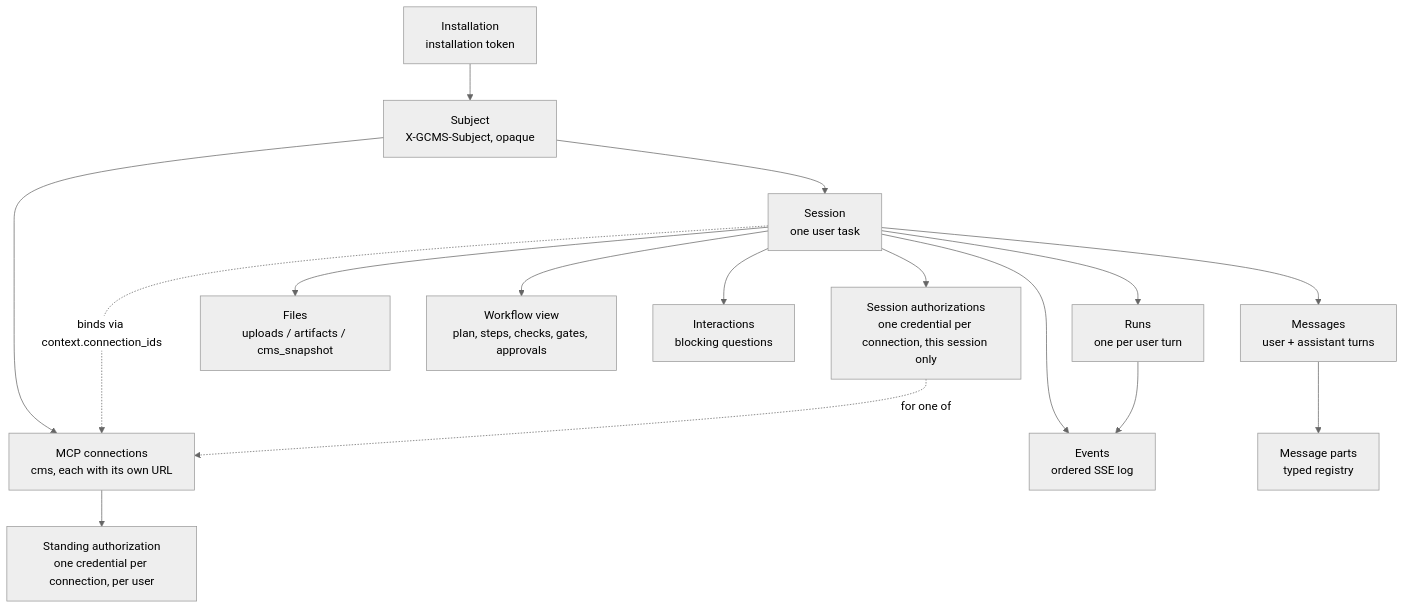
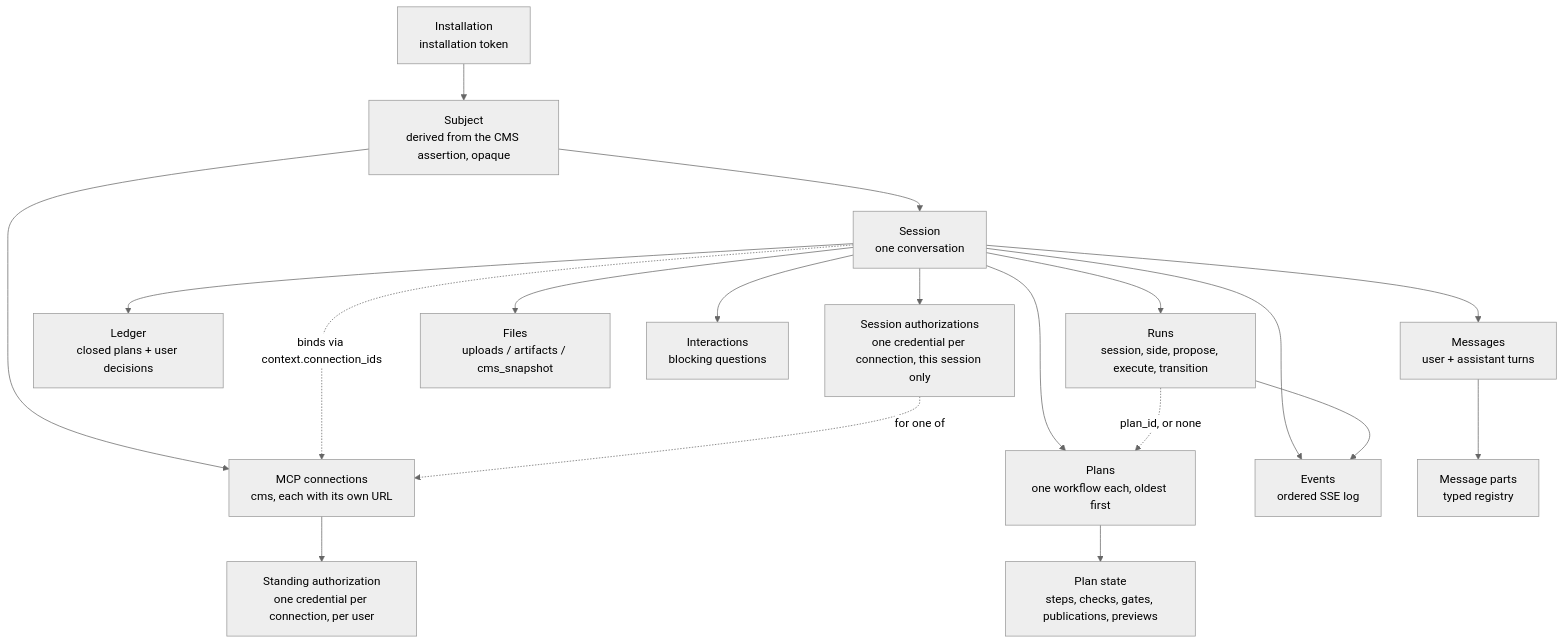
The first of 3 diagrams in workspace-ui/.claude/contracts/genaix-docs/03-genaix-api.md (gentics/cms-oss), drawn with Mermaid (neutral theme) before and after one commit. The commit also changed other lines of this file and 18 other files, not shown here.

````diff
--- a/workspace-ui/.claude/contracts/genaix-docs/03-genaix-api.md
+++ b/workspace-ui/.claude/contracts/genaix-docs/03-genaix-api.md
@@ -212,18 +265,21 @@
 ```mermaid
 graph TD
-    INST[Installation<br/>installation token] --> USER[Subject<br/>X-GCMS-Subject, opaque]
+    INST[Installation<br/>installation token] --> USER[Subject<br/>derived from the CMS assertion, opaque]
     USER --> CONN[MCP connections<br/>cms, each with its own URL]
     CONN --> AUTH[Standing authorization<br/>one credential per connection, per user]
-    USER --> SESSION[Session<br/>one user task]
+    USER --> SESSION[Session<br/>one conversation]
     SESSION --> MSG[Messages<br/>user + assistant turns]
-    SESSION --> RUN[Runs<br/>one per user turn]
+    SESSION --> PLAN[Plans<br/>one workflow each, oldest first]
+    PLAN --> PSTATE[Plan state<br/>steps, checks, gates, publications, previews]
+    SESSION --> LEDGER[Ledger<br/>closed plans + user decisions]
+    SESSION --> RUN[Runs<br/>session, side, propose, execute, transition]
+    RUN -.->|"plan_id, or none"| PLAN
     SESSION --> EVT[Events<br/>ordered SSE log]
     SESSION --> FILE[Files<br/>uploads / artifacts / cms_snapshot]
-    SESSION --> WF[Workflow view<br/>plan, steps, checks, gates, approvals]
     SESSION --> INTER[Interactions<br/>blocking questions]
     SESSION --> SAUTH[Session authorizations<br/>one credential per connection, this session only]
     SESSION -.->|"binds via context.connection_ids"| CONN
     SAUTH -.->|"for one of"| CONN
     MSG --> PART[Message parts<br/>typed registry]
     RUN --> EVT
 ```
````
